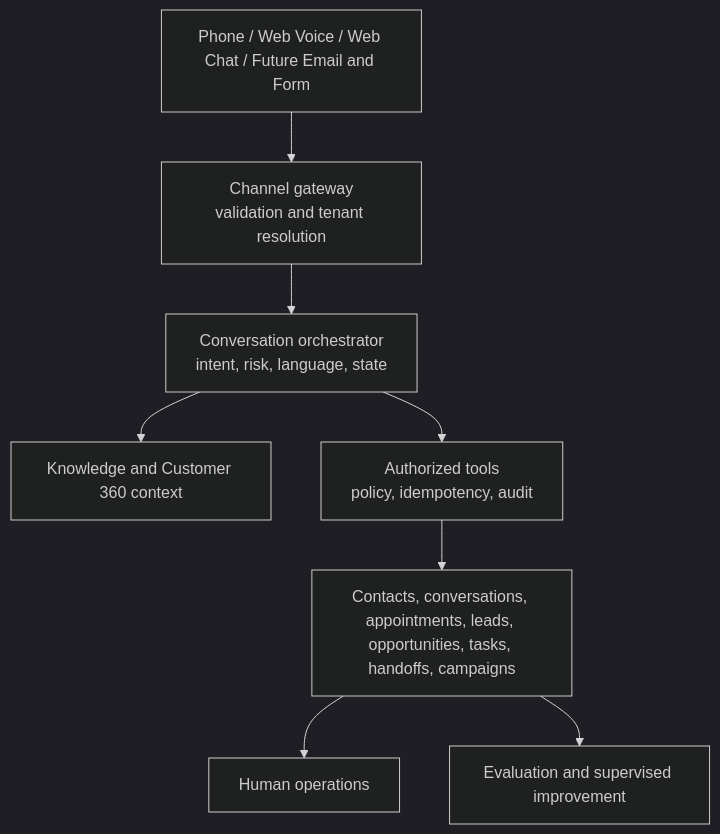
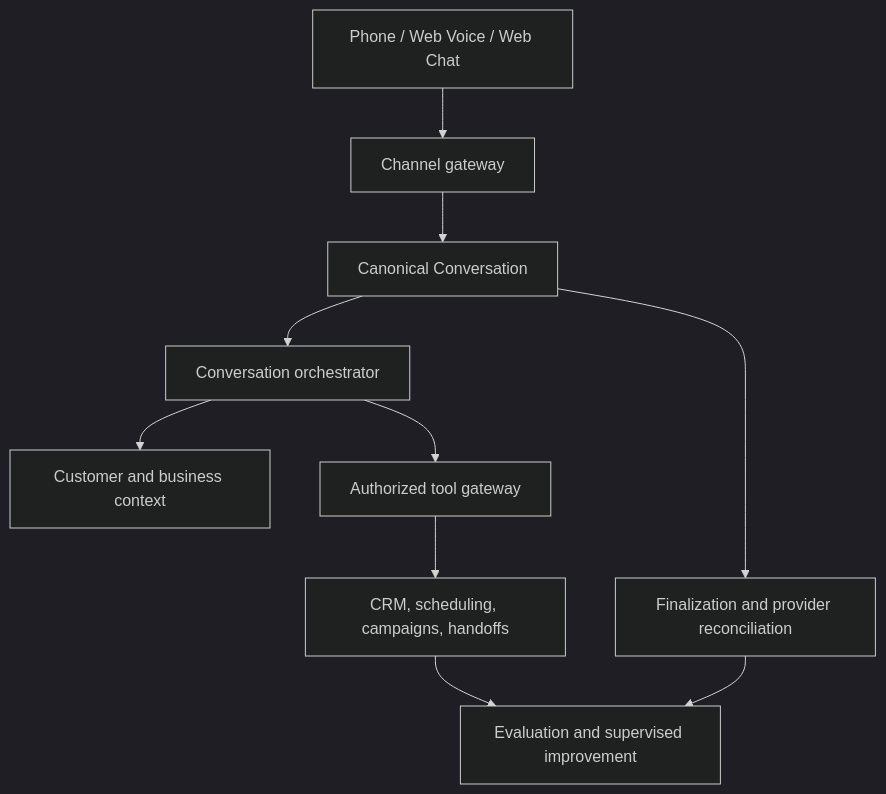
The diagram in README.md (arslanvuzmal/VoxDesk), drawn with Mermaid (dark theme) before and after one commit. The commit also changed other lines of this file and 4 other files, not shown here.

````diff
--- a/README.md
+++ b/README.md
@@ -36,17 +44,12 @@
 ```mermaid
 flowchart TD
-  Channels[Phone / Web Voice / Web Chat / Future Email and Form]
-  Gateway[Channel gateway\nvalidation and tenant resolution]
-  Conversation[Conversation orchestrator\nintent, risk, language, state]
-  Context[Knowledge and Customer 360 context]
-  Tools[Authorized tools\npolicy, idempotency, audit]
-  Operations[Contacts, conversations, appointments, leads, opportunities, tasks, handoffs, campaigns]
-  Human[Human operations]
-  Quality[Evaluation and supervised improvement]
-
-  Channels --> Gateway --> Conversation
-  Conversation --> Context
-  Conversation --> Tools --> Operations
-  Operations --> Human
-  Operations --> Quality
+  Channels[Phone / Web Voice / Web Chat] --> Gateway[Channel gateway]
+  Gateway --> Conversation[Canonical Conversation]
+  Conversation --> Orchestrator[Conversation orchestrator]
+  Orchestrator --> Context[Customer and business context]
+  Orchestrator --> Tools[Authorized tool gateway]
+  Tools --> Operations[CRM, scheduling, campaigns, handoffs]
+  Conversation --> Reconcile[Finalization and provider reconciliation]
+  Operations --> Quality[Evaluation and supervised improvement]
+  Reconcile --> Quality
 ```
````
